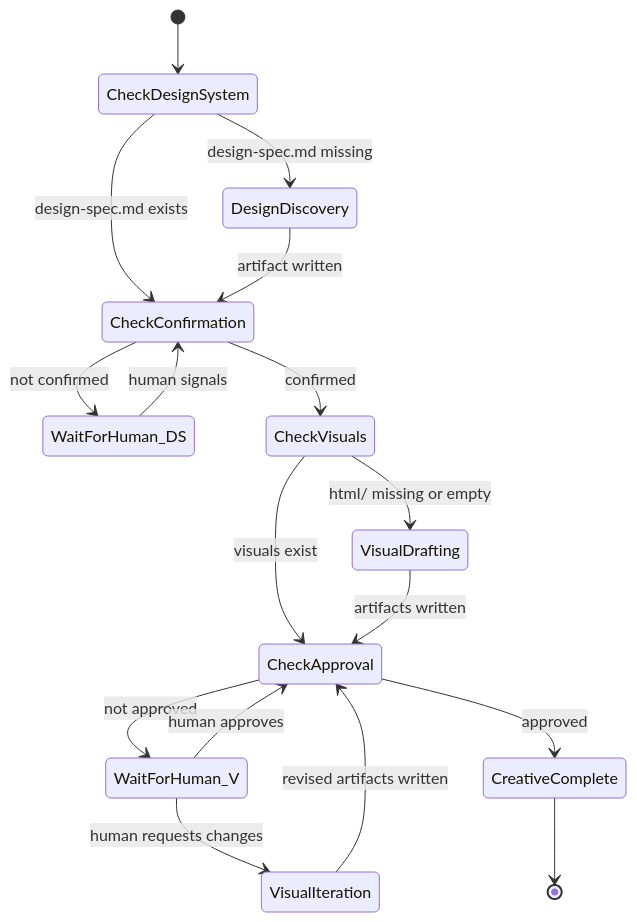
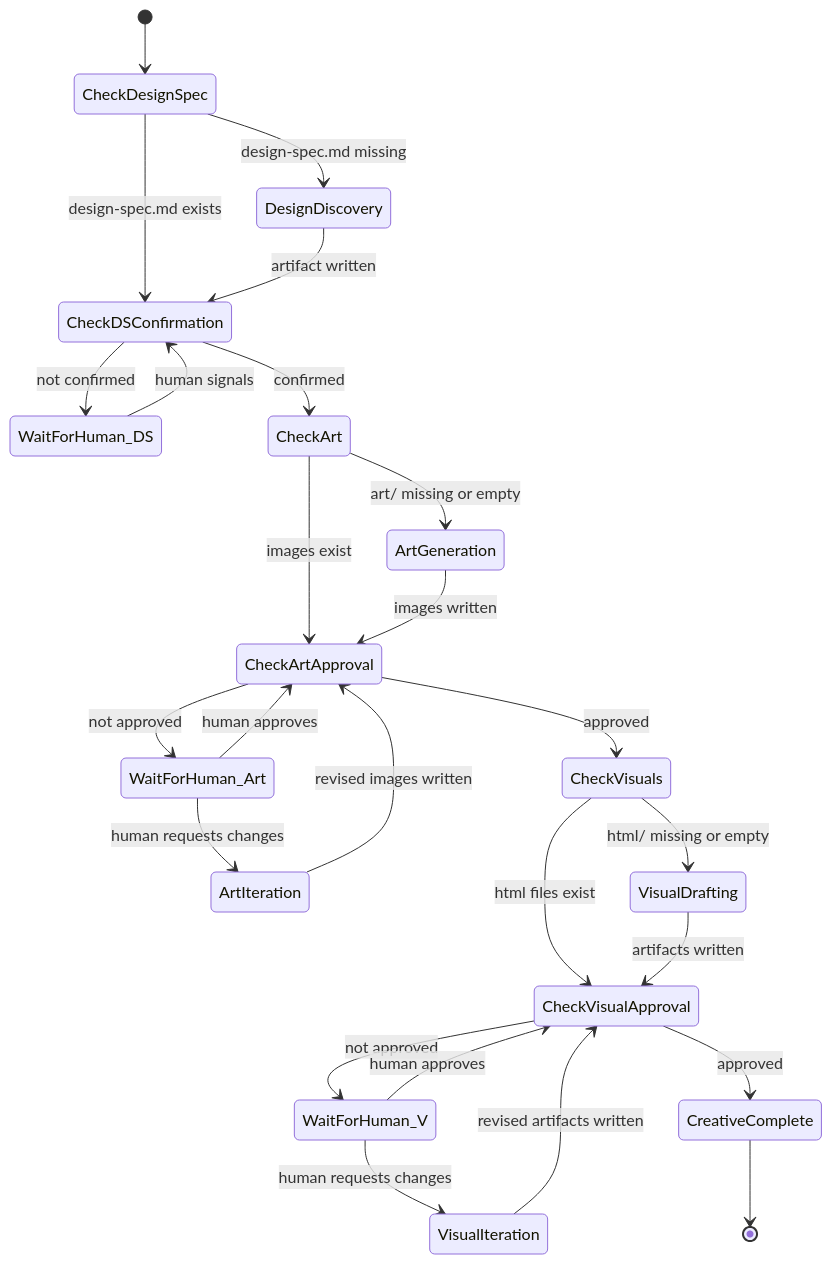
Before and after one commit to InstruktAI/TeleClaude: the diagram in docs/global/creative/design/creative-machine.md, drawn with Mermaid. The commit also changed other lines of this file and 5 other files, not shown here.

First line of the commit message:
feat(creative): add artist phase, image generation landscape, three-role pipeline

````diff
--- a/docs/global/creative/design/creative-machine.md
+++ b/docs/global/creative/design/creative-machine.md
@@ -62,19 +84,27 @@
 ```mermaid
 stateDiagram-v2
-    [*] --> CheckDesignSystem
-    CheckDesignSystem --> DesignDiscovery: design-spec.md missing
-    CheckDesignSystem --> CheckConfirmation: design-spec.md exists
-    DesignDiscovery --> CheckConfirmation: artifact written
-    CheckConfirmation --> WaitForHuman_DS: not confirmed
-    CheckConfirmation --> CheckVisuals: confirmed
-    WaitForHuman_DS --> CheckConfirmation: human signals
+    [*] --> CheckDesignSpec
+    CheckDesignSpec --> DesignDiscovery: design-spec.md missing
+    CheckDesignSpec --> CheckDSConfirmation: design-spec.md exists
+    DesignDiscovery --> CheckDSConfirmation: artifact written
+    CheckDSConfirmation --> WaitForHuman_DS: not confirmed
+    CheckDSConfirmation --> CheckArt: confirmed
+    WaitForHuman_DS --> CheckDSConfirmation: human signals
+    CheckArt --> ArtGeneration: art/ missing or empty
+    CheckArt --> CheckArtApproval: images exist
+    ArtGeneration --> CheckArtApproval: images written
+    CheckArtApproval --> WaitForHuman_Art: not approved
+    CheckArtApproval --> CheckVisuals: approved
+    WaitForHuman_Art --> ArtIteration: human requests changes
+    WaitForHuman_Art --> CheckArtApproval: human approves
+    ArtIteration --> CheckArtApproval: revised images written
     CheckVisuals --> VisualDrafting: html/ missing or empty
-    CheckVisuals --> CheckApproval: visuals exist
-    VisualDrafting --> CheckApproval: artifacts written
-    CheckApproval --> WaitForHuman_V: not approved
-    CheckApproval --> CreativeComplete: approved
+    CheckVisuals --> CheckVisualApproval: html files exist
+    VisualDrafting --> CheckVisualApproval: artifacts written
+    CheckVisualApproval --> WaitForHuman_V: not approved
+    CheckVisualApproval --> CreativeComplete: approved
     WaitForHuman_V --> VisualIteration: human requests changes
-    WaitForHuman_V --> CheckApproval: human approves
-    VisualIteration --> CheckApproval: revised artifacts written
+    WaitForHuman_V --> CheckVisualApproval: human approves
+    VisualIteration --> CheckVisualApproval: revised artifacts written
     CreativeComplete --> [*]
 ```
````
